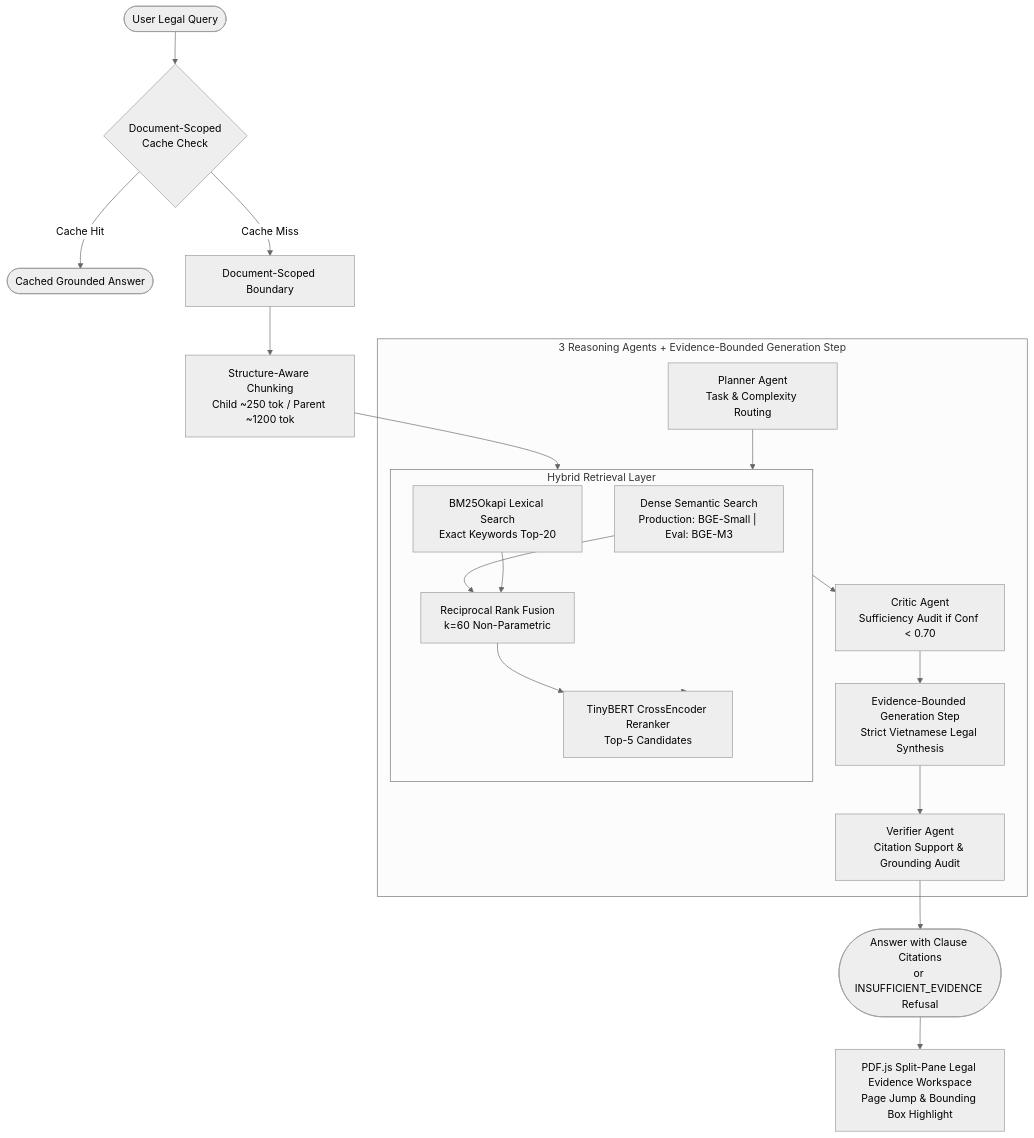
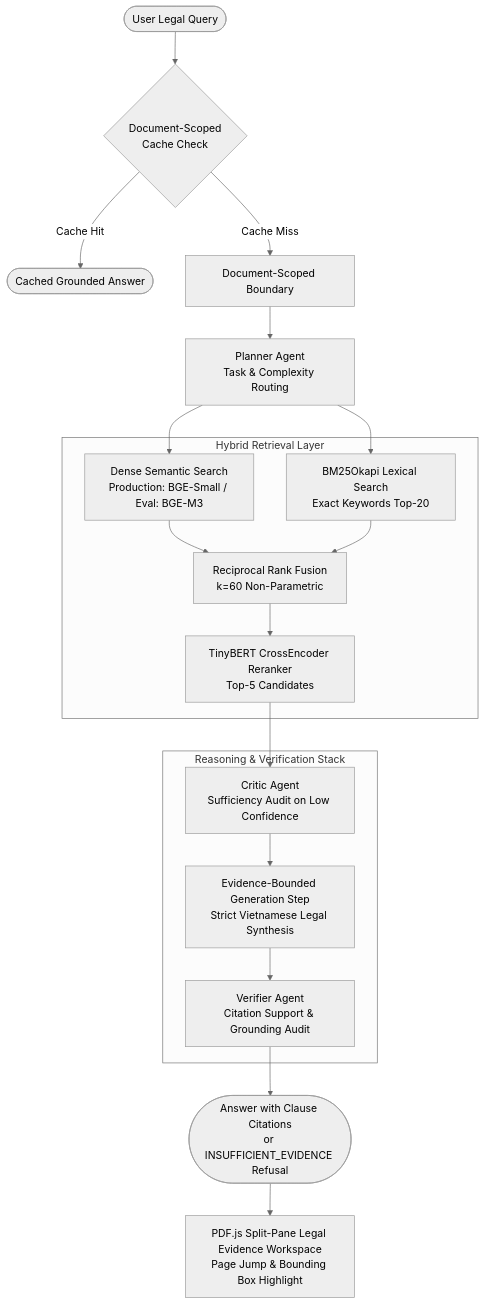
The diagram in README.md (XLaiHuy/Multi-Agent-RAG), drawn with Mermaid (neutral theme) before and after one commit.

Commit message:
docs: fix Mermaid diagram syntax for GitHub renderer compatibility

````diff
--- a/README.md
+++ b/README.md
@@ -29,33 +29,35 @@
 ```mermaid
 flowchart TD
     User(["User Legal Query"]) --> CacheCheck{"Document-Scoped<br/>Cache Check"}
-    CacheCheck -- "Cache Hit" --> CachedOutput(["Cached Grounded Answer"])
-    CacheCheck -- "Cache Miss" --> Scope["Document-Scoped Boundary"]
-    Scope --> Ingestion["Structure-Aware Chunking<br/>Child ~250 tok / Parent ~1200 tok"]
-    Ingestion --> HybridRetrieval
+    CacheCheck -->|"Cache Hit"| CachedOutput(["Cached Grounded Answer"])
+    CacheCheck -->|"Cache Miss"| Scope["Document-Scoped Boundary"]
+    
+    Scope --> Planner["Planner Agent<br/>Task & Complexity Routing"]
     
     subgraph HybridRetrieval ["Hybrid Retrieval Layer"]
-        Dense["Dense Semantic Search<br/>Production: BGE-Small | Eval: BGE-M3"]
+        Dense["Dense Semantic Search<br/>Production: BGE-Small / Eval: BGE-M3"]
         Sparse["BM25Okapi Lexical Search<br/>Exact Keywords Top-20"]
-        Dense --> RRF["Reciprocal Rank Fusion<br/>k=60 Non-Parametric"]
+        RRF["Reciprocal Rank Fusion<br/>k=60 Non-Parametric"]
+        CrossEncoder["TinyBERT CrossEncoder Reranker<br/>Top-5 Candidates"]
+        
+        Dense --> RRF
         Sparse --> RRF
-        RRF --> CrossEncoder["TinyBERT CrossEncoder Reranker<br/>Top-5 Candidates"]
+        RRF --> CrossEncoder
     end
     
-    CrossEncoder --> Agents
+    Planner --> Dense
+    Planner --> Sparse
     
-    subgraph Agents ["3 Reasoning Agents + Evidence-Bounded Generation Step"]
-        Planner["Planner Agent<br/>Task & Complexity Routing"]
-        Critic["Critic Agent<br/>Sufficiency Audit if Conf &lt; 0.70"]
+    subgraph ReasoningPipeline ["Reasoning & Verification Stack"]
+        Critic["Critic Agent<br/>Sufficiency Audit on Low Confidence"]
         Generator["Evidence-Bounded Generation Step<br/>Strict Vietnamese Legal Synthesis"]
         Verifier["Verifier Agent<br/>Citation Support & Grounding Audit"]
         
-        Planner --> HybridRetrieval
-        HybridRetrieval --> Critic
         Critic --> Generator
         Generator --> Verifier
     end
     
+    CrossEncoder --> Critic
     Verifier --> Output(["Answer with Clause Citations<br/>or INSUFFICIENT_EVIDENCE Refusal"])
     Output --> Workspace["PDF.js Split-Pane Legal Evidence Workspace<br/>Page Jump & Bounding Box Highlight"]
 ```
````
